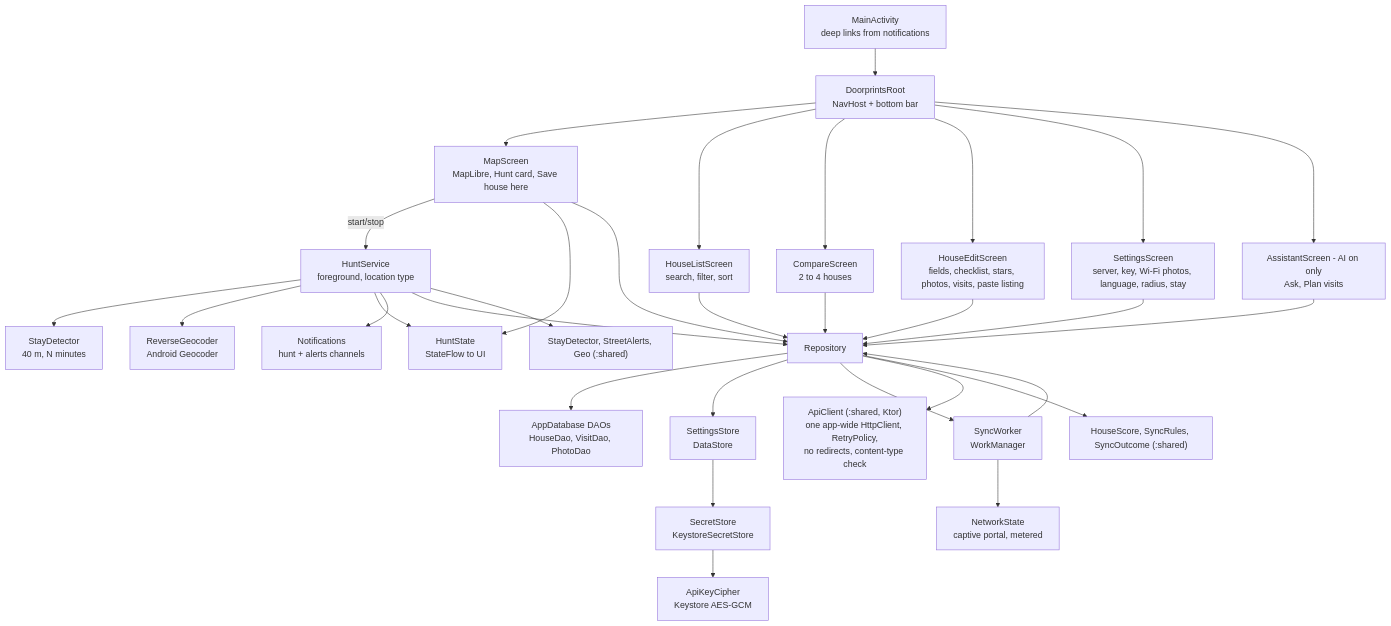
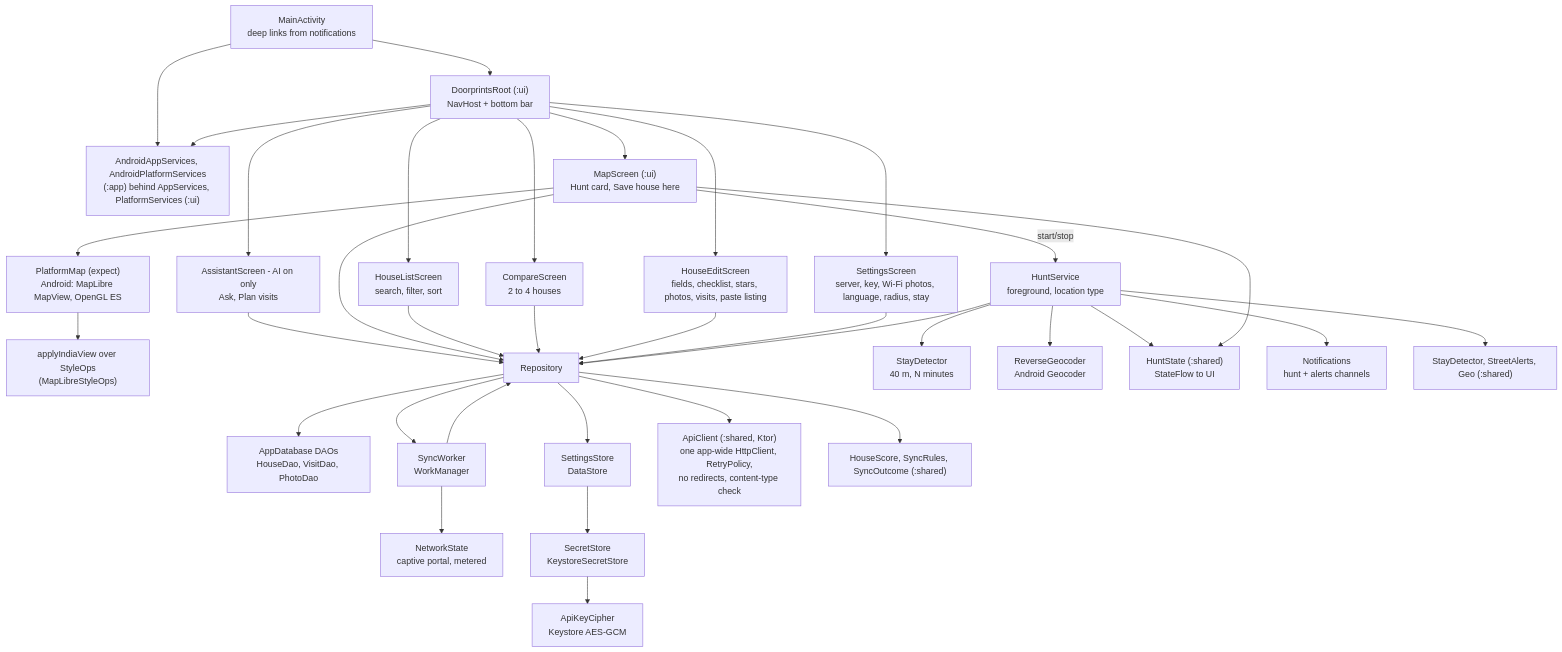
The fourth of 17 diagrams in docs/03-design.md (Sriram-Codes-SW/doorprints), drawn with Mermaid before and after one commit. The commit also changed other lines of this file and 12 other files, not shown here.

````diff
--- a/docs/03-design.md
+++ b/docs/03-design.md
@@ -171,33 +172,37 @@
 ```mermaid
 flowchart TB
-    ma["MainActivity<br/>deep links from notifications"] --> root["DoorprintsRoot<br/>NavHost + bottom bar"]
-    root --> map["MapScreen<br/>MapLibre, Hunt card, Save house here"]
+    ma["MainActivity<br/>deep links from notifications"] --> root["DoorprintsRoot (:ui)<br/>NavHost + bottom bar"]
+    ma --> svc["AndroidAppServices, AndroidPlatformServices<br/>(:app) behind AppServices, PlatformServices (:ui)"]
+    root --> svc
+    root --> map["MapScreen (:ui)<br/>Hunt card, Save house here"]
+    map --> pm["PlatformMap (expect)<br/>Android: MapLibre MapView, OpenGL ES"]
+    pm --> iv["applyIndiaView over StyleOps<br/>(MapLibreStyleOps)"]
     root --> list["HouseListScreen<br/>search, filter, sort"]
     root --> cmp["CompareScreen<br/>2 to 4 houses"]
     root --> edit["HouseEditScreen<br/>fields, checklist, stars, photos, visits, paste listing"]
     root --> set["SettingsScreen<br/>server, key, Wi-Fi photos, language, radius, stay"]
     root --> asst["AssistantScreen - AI on only<br/>Ask, Plan visits"]
     asst --> repo
     map -->|"start/stop"| hunt["HuntService<br/>foreground, location type"]
     hunt --> sd["StayDetector<br/>40 m, N minutes"]
     hunt --> rg["ReverseGeocoder<br/>Android Geocoder"]
-    hunt --> hs["HuntState<br/>StateFlow to UI"]
+    hunt --> hs["HuntState (:shared)<br/>StateFlow to UI"]
     hunt --> nt["Notifications<br/>hunt + alerts channels"]
     map --> hs
     map --> repo
     list --> repo
     cmp --> repo
     edit --> repo
     set --> repo
     hunt --> repo["Repository"]
     repo --> dao["AppDatabase DAOs<br/>HouseDao, VisitDao, PhotoDao"]
     repo --> st["SettingsStore<br/>DataStore"]
     repo --> sw["SyncWorker<br/>WorkManager"]
     sw --> repo
     repo --> api["ApiClient (:shared, Ktor)<br/>one app-wide HttpClient, RetryPolicy,<br/>no redirects, content-type check"]
     hunt --> shl["StayDetector, StreetAlerts, Geo (:shared)"]
     repo --> shm["HouseScore, SyncRules, SyncOutcome (:shared)"]
     sw --> net["NetworkState<br/>captive portal, metered"]
     st --> ss["SecretStore<br/>KeystoreSecretStore"]
     ss --> kc["ApiKeyCipher<br/>Keystore AES-GCM"]
 ```
````
